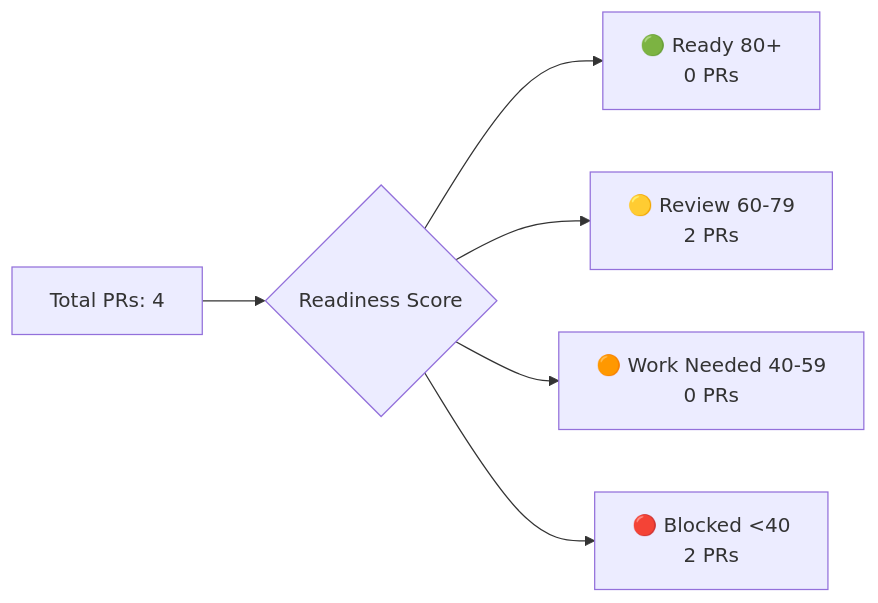
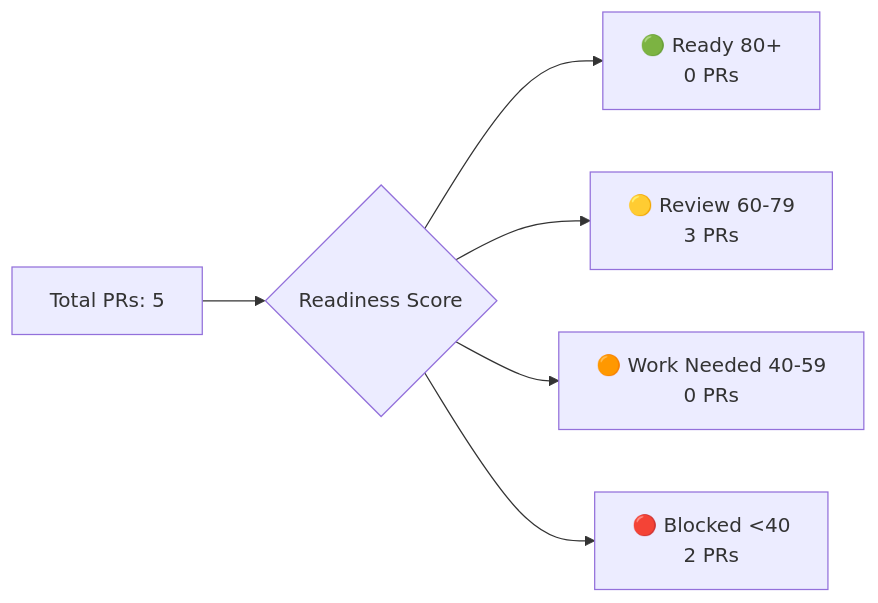
One commit to Nitsur10/invoice-dashboard-deploy changed the third of 4 diagrams in docs/tracker.md. Above: the diagram before and after it, drawn with Mermaid. The commit also changed other lines of this file and 1 other file, not shown here.

First line of the commit message:
chore(tracker): update portfolio dashboard - 5 PRs, 6 issues

````diff
--- a/docs/tracker.md
+++ b/docs/tracker.md
@@ -40,8 +40,8 @@
 ```mermaid
 graph LR
-    A[Total PRs: 4] --> B{Readiness Score}
+    A[Total PRs: 5] --> B{Readiness Score}
     B --> C[🟢 Ready 80+<br/>0 PRs]
-    B --> D[🟡 Review 60-79<br/>2 PRs]
+    B --> D[🟡 Review 60-79<br/>3 PRs]
     B --> E[🟠 Work Needed 40-59<br/>0 PRs]
     B --> F[🔴 Blocked <40<br/>2 PRs]
 ```
````
